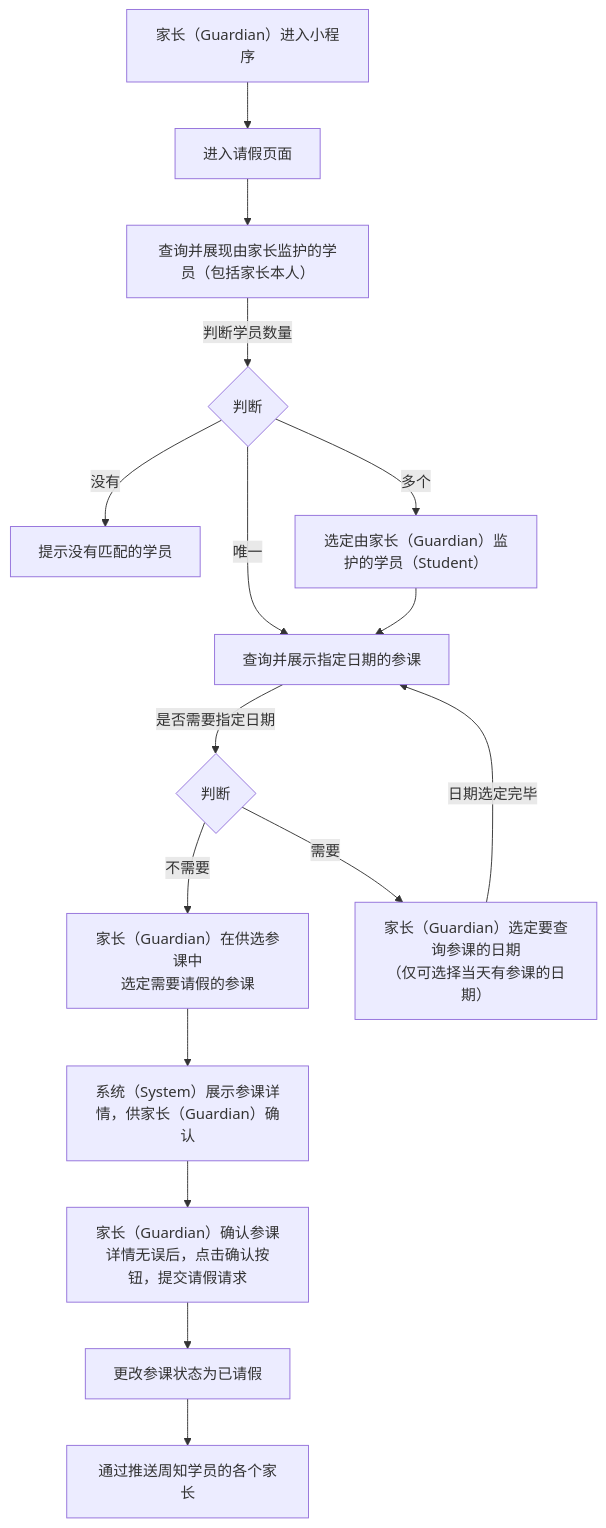
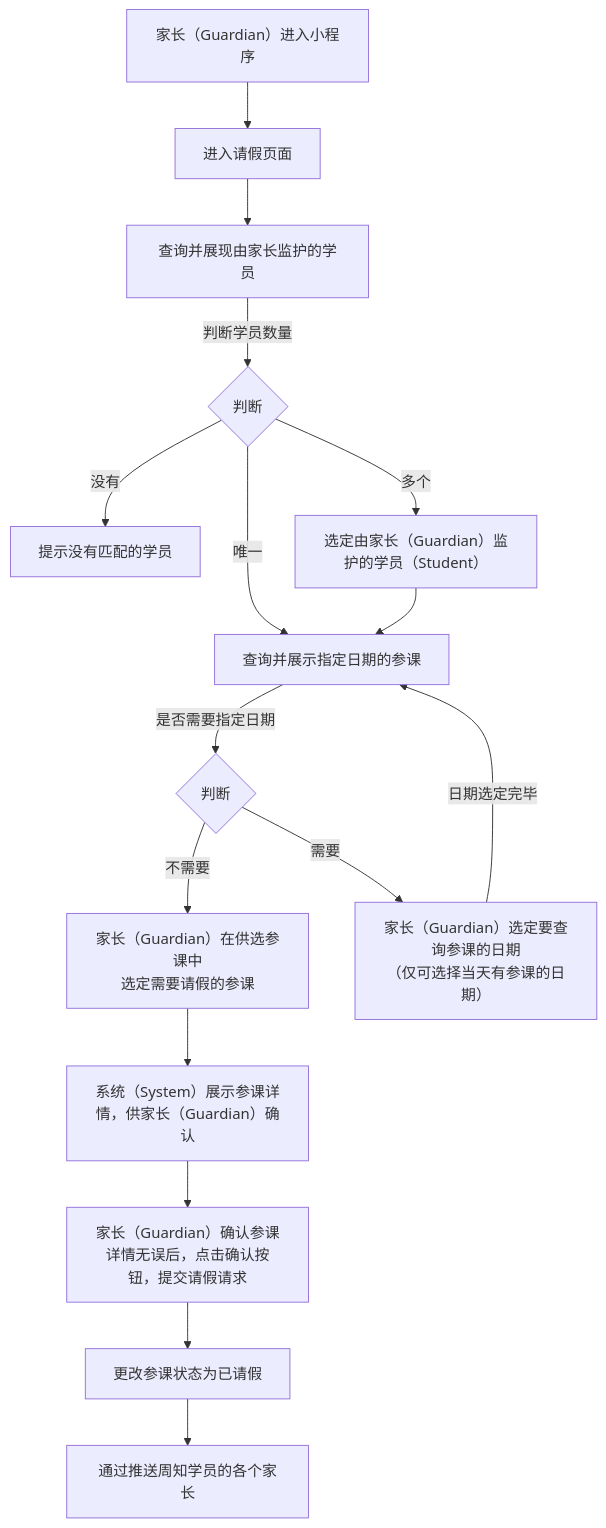
One commit to world-wide-web/sign changed the first of 2 diagrams in 用例/请假.md. Above: the diagram before and after it, drawn with Mermaid. The commit also changed other lines of this file, not shown here.

Commit message:
用例/请假.md updated from https://stackedit.io/

````diff
--- a/用例/请假.md
+++ b/用例/请假.md
@@ -7,52 +7,50 @@
 ```mermaid
 graph TD
 
 进入小程序-->进入请假页面
 
 进入请假页面-->查询并展现由家长监护的学员
 
 查询并展现由家长监护的学员--判断学员数量-->判断学员数量
 
 判断学员数量--没有-->提示没有匹配的学员
 
 判断学员数量--唯一-->查询并展示指定日期的参课
 
 判断学员数量--多个-->选定学员
 
 选定学员-->查询并展示指定日期的参课
 
 查询并展示指定日期的参课--是否需要指定日期-->决定是否需要指定日期
 
 决定是否需要指定日期--不需要-->选定参课
 
 决定是否需要指定日期--需要-->选定日期
 
 选定日期--日期选定完毕-->查询并展示指定日期的参课
 
 选定参课-->展示参课详情
 
 展示参课详情-->提交请假请求
 
 提交请假请求-->更改参课状态为已请假
 
 更改参课状态为已请假-->通过推送周知学员的各个家长
 
 进入小程序["<center>家长（Guardian）进入小程序</center>"]
 
-查询并展现由家长监护的学员["<center>查询并展现由家长监护的学员（包括家长本人）</center>"]
-
 判断学员数量{"<center>判断</center>"}
 
 选定学员["<center>选定由家长（Guardian）监护的学员（Student）</center>"]
 
 决定是否需要指定日期{"<center>判断</center>"}
 
 选定日期["<center>家长（Guardian）选定要查询参课的日期<br>（仅可选择当天有参课的日期）</center>"]
 
 选定参课["<center>家长（Guardian）在供选参课中<br>选定需要请假的参课</center>"]
 
 展示参课详情["<center>系统（System）展示参课详情，供家长（Guardian）确认</center>"]
 
 提交请假请求["<center>家长（Guardian）确认参课详情无误后，点击确认按钮，提交请假请求</center>"]
 
 ```
````
